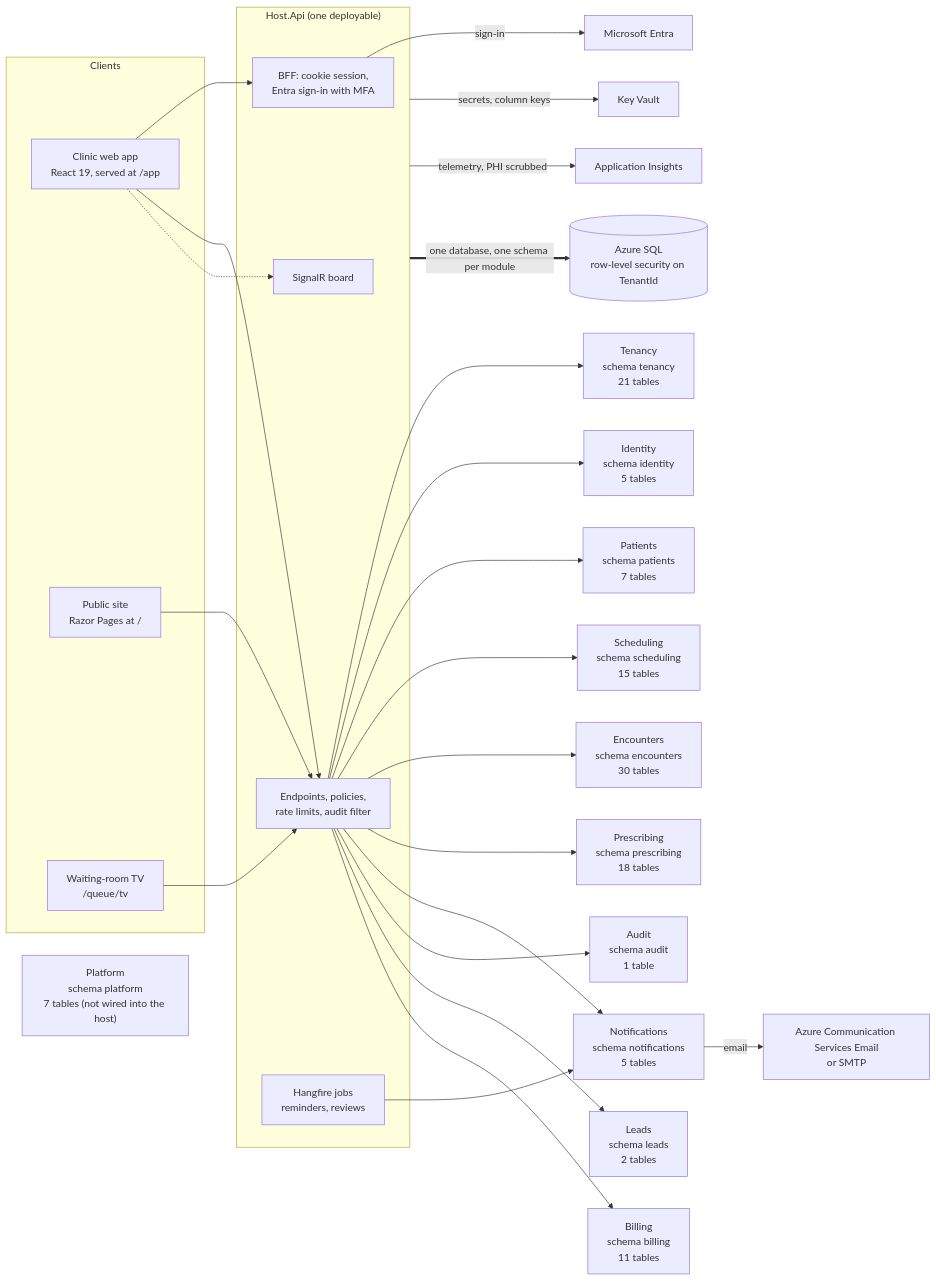
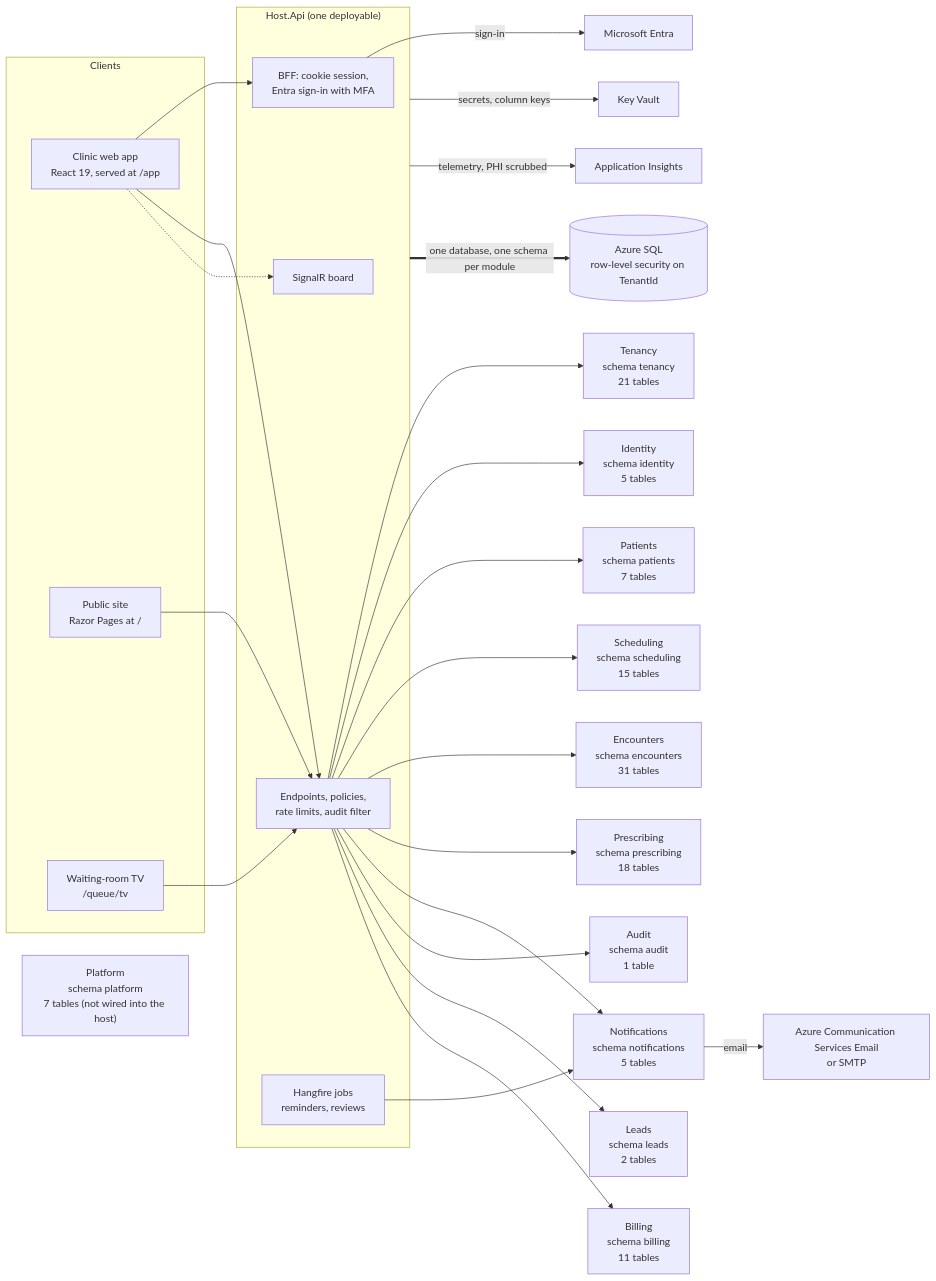
Before and after one commit to ALFRED-LUCIFER/medvya: the first of 14 diagrams in docs/03-architecture/erd.md, drawn with Mermaid. The commit also changed other lines of this file and 30 other files, not shown here.

````diff
--- a/docs/03-architecture/erd.md
+++ b/docs/03-architecture/erd.md
@@ -15,36 +15,36 @@
 ```mermaid
 flowchart LR
   subgraph Clients
     web["Clinic web app<br/>React 19, served at /app"]
     site["Public site<br/>Razor Pages at /"]
     tv["Waiting-room TV<br/>/queue/tv"]
   end
   subgraph Host["Host.Api (one deployable)"]
     bff["BFF: cookie session,<br/>Entra sign-in with MFA"]
     api["Endpoints, policies,<br/>rate limits, audit filter"]
     hub["SignalR board"]
     jobs["Hangfire jobs<br/>reminders, reviews"]
   end
   web --> bff
   web --> api
   web -.-> hub
   tv --> api
   site --> api
   api --> Tenancy["Tenancy<br/>schema tenancy<br/>21 tables"]
   api --> Identity["Identity<br/>schema identity<br/>5 tables"]
   api --> Patients["Patients<br/>schema patients<br/>7 tables"]
   api --> Scheduling["Scheduling<br/>schema scheduling<br/>15 tables"]
-  api --> Encounters["Encounters<br/>schema encounters<br/>30 tables"]
+  api --> Encounters["Encounters<br/>schema encounters<br/>31 tables"]
   api --> Prescribing["Prescribing<br/>schema prescribing<br/>18 tables"]
   api --> Notifications["Notifications<br/>schema notifications<br/>5 tables"]
   api --> Audit["Audit<br/>schema audit<br/>1 table"]
   api --> Leads["Leads<br/>schema leads<br/>2 tables"]
   api --> Billing["Billing<br/>schema billing<br/>11 tables"]
   Platform["Platform<br/>schema platform<br/>7 tables (not wired into the host)"]
   jobs --> Notifications
   bff -->|"sign-in"| entra["Microsoft Entra"]
   Notifications -->|"email"| mail["Azure Communication Services Email<br/>or SMTP"]
   Host -->|"secrets, column keys"| kv["Key Vault"]
   Host -->|"telemetry, PHI scrubbed"| ai["Application Insights"]
   Host ==>|"one database, one schema per module"| sql[("Azure SQL<br/>row-level security on TenantId")]
 ```
````
